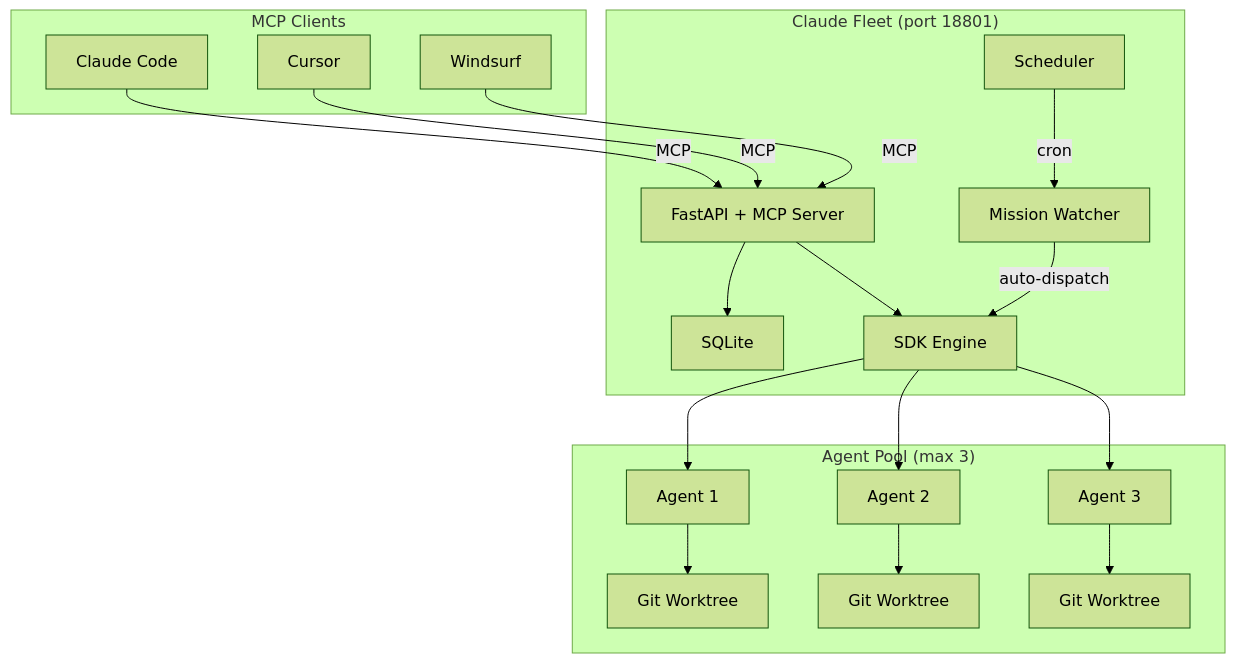
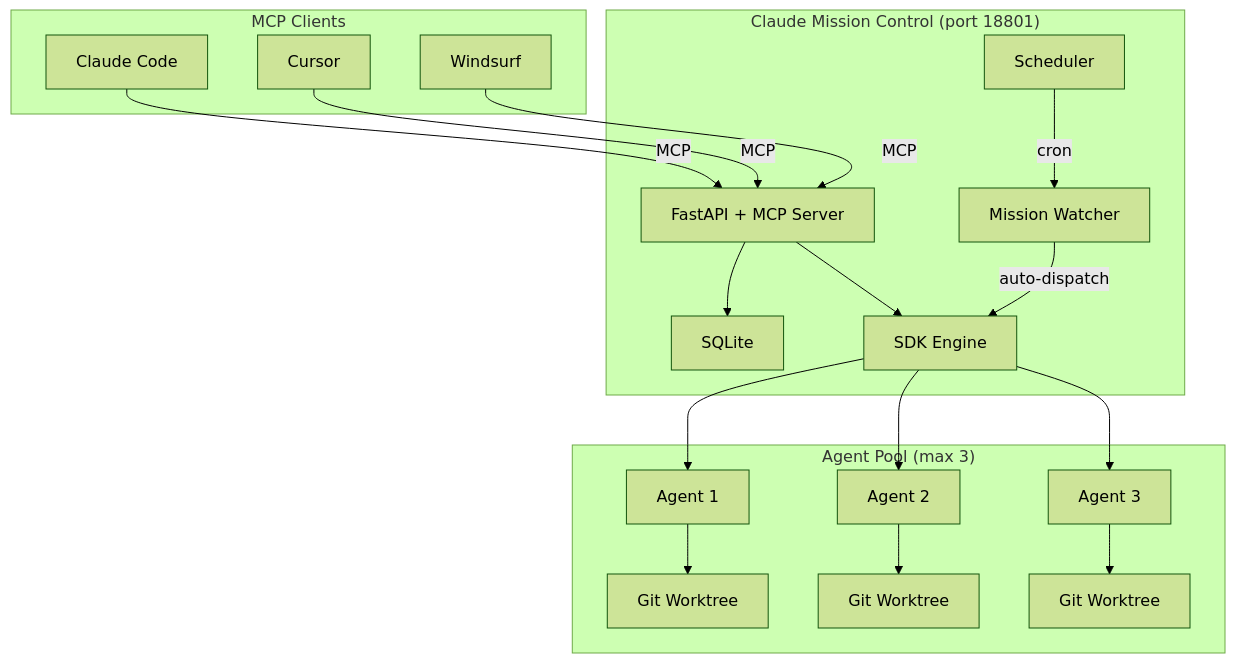
One commit to Cyvid7-Darus10/claude-mission-control changed the second of 2 diagrams in README.md. Above: the diagram before and after it, drawn with Mermaid (forest theme). The commit also changed other lines of this file and 1 other file, not shown here.

Commit message:
refactor: rename to Claude Mission Control

````diff
--- a/README.md
+++ b/README.md
@@ -94,31 +94,31 @@
 ```mermaid
 graph TB
     subgraph Clients["MCP Clients"]
         CC["Claude Code"]
         CU["Cursor"]
         WS["Windsurf"]
     end
 
-    subgraph Fleet["Claude Fleet (port 18801)"]
+    subgraph Fleet["Claude Mission Control (port 18801)"]
         API["FastAPI + MCP Server"]
         DB["SQLite"]
         SDK["SDK Engine"]
         WATCH["Mission Watcher"]
         SCHED["Scheduler"]
     end
 
     subgraph Agents["Agent Pool (max 3)"]
         A1["Agent 1"] --> WT1["Git Worktree"]
         A2["Agent 2"] --> WT2["Git Worktree"]
         A3["Agent 3"] --> WT3["Git Worktree"]
     end
 
     CC -->|MCP| API
     CU -->|MCP| API
     WS -->|MCP| API
     API --> SDK
     API --> DB
     SDK --> A1 & A2 & A3
     WATCH -->|"auto-dispatch"| SDK
     SCHED -->|"cron"| WATCH
 ```
````
